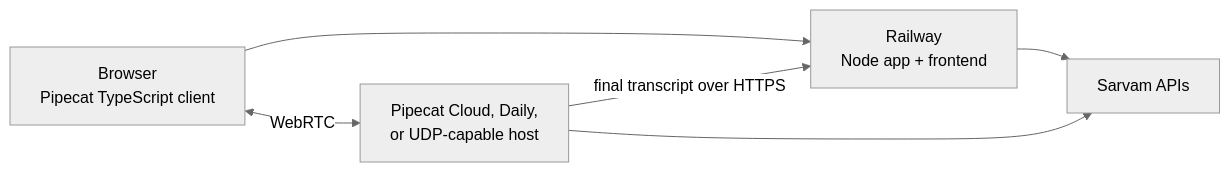
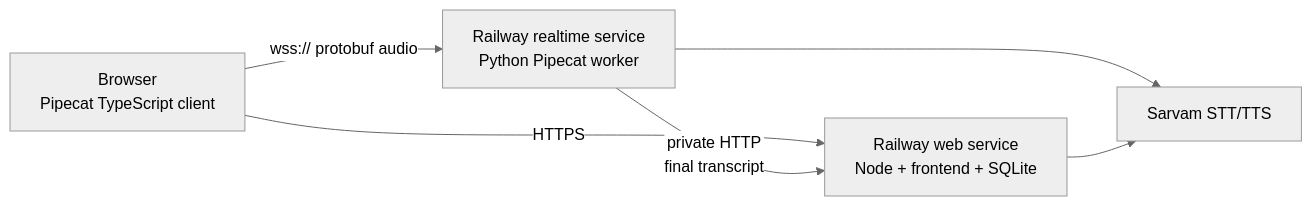
The diagram in docs/10-realtime-deployment.md (tejaskh3/sarvam-buildathon), drawn with Mermaid (neutral theme) before and after one commit. The commit also changed other lines of this file and 16 other files, not shown here.

Commit message:
Self-host realtime voice over Railway WebSockets

````diff
--- a/docs/10-realtime-deployment.md
+++ b/docs/10-realtime-deployment.md
@@ -46,8 +12,8 @@
 ```mermaid
 flowchart LR
-  Browser["Browser\nPipecat TypeScript client"] --> Web["Railway\nNode app + frontend"]
-  Browser <-->|"WebRTC"| Voice["Pipecat Cloud, Daily,\nor UDP-capable host"]
-  Voice -->|"final transcript over HTTPS"| Web
-  Web --> Sarvam["Sarvam APIs"]
-  Voice --> Sarvam
+  Browser["Browser\nPipecat TypeScript client"] -->|"wss:// protobuf audio"| Voice["Railway realtime service\nPython Pipecat worker"]
+  Browser -->|"HTTPS"| Web["Railway web service\nNode + frontend + SQLite"]
+  Voice -->|"private HTTP\nfinal transcript"| Web
+  Voice --> Sarvam["Sarvam STT/TTS"]
+  Web --> Sarvam
 ```
````
